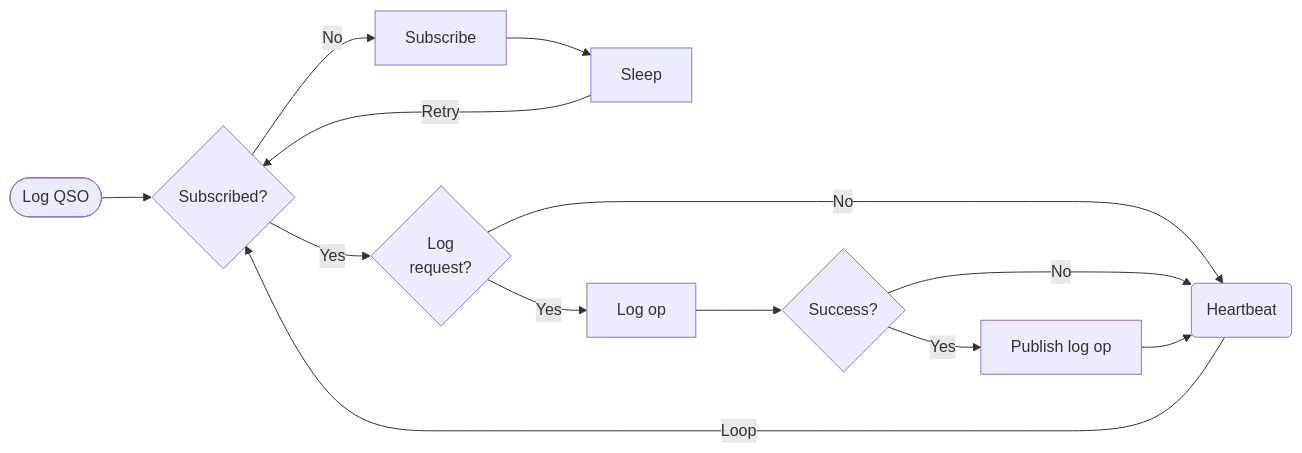
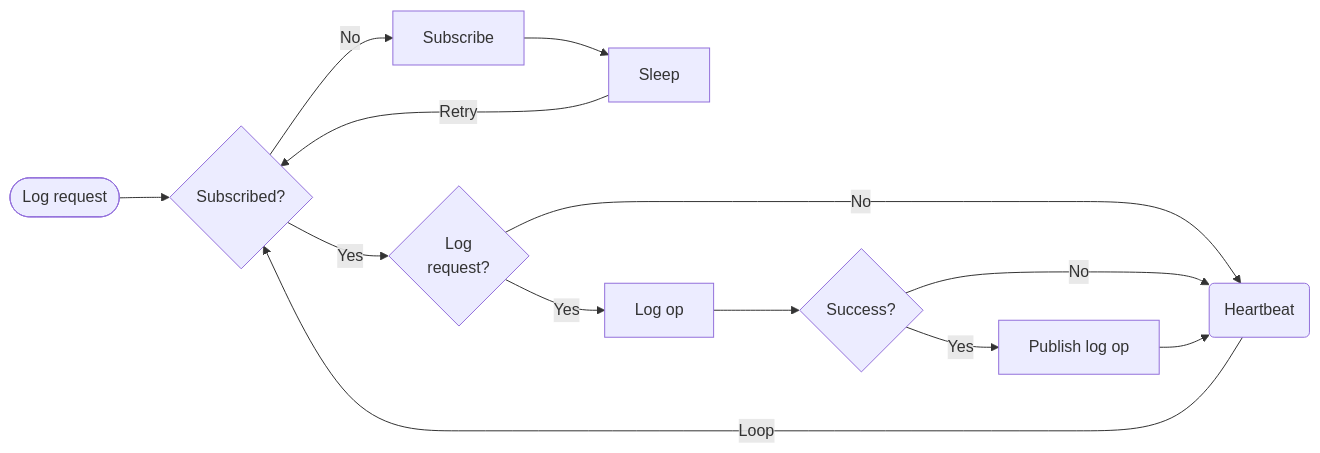
The third of 6 diagrams in doc/workflows.md (ckuhtz/ham), drawn with Mermaid before and after one commit. The commit also changed other lines of this file, not shown here.

````diff
--- a/doc/workflows.md
+++ b/doc/workflows.md
@@ -120,17 +120,17 @@
 ```mermaid
 flowchart LR;
-    LogQSO([Log QSO]);
+    LogOp([Log request]);
     Request0{Log<br>request?};
-    LogQSO --> Subscribed0{Subscribed?};
+    LogOp --> Subscribed0{Subscribed?};
     Subscribed0 -->|Yes| Request0;
     Subscribed0 -->|No| Subscribed1[Subscribe];
     Subscribed1 --> Sleep0[Sleep];
     Sleep0 -->|Retry| Subscribed0;
     Request0 -->|Yes| LogOp0[Log op];
     Request0 -->|No| Heartbeat0(Heartbeat);
     LogOp0 --> LogOp1{Success?};
     LogOp1 -->|No| Heartbeat0;
     LogOp1 -->|Yes| Publish0[Publish log op];
     Publish0 --> Heartbeat0;
     Heartbeat0 -->|Loop| Subscribed0;
 ```
````
